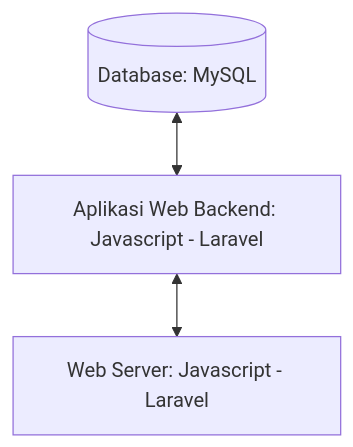
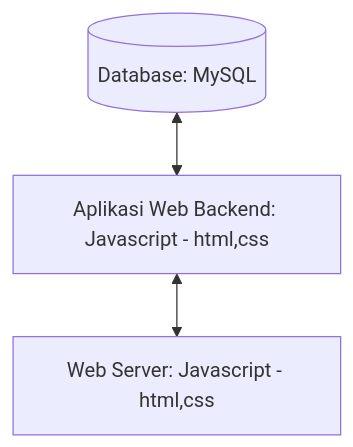
Before and after one commit to FauziAbdulMalik/Uzi_am14.12: the second of 2 diagrams in job-interview.md, drawn with Mermaid.

````diff
--- a/job-interview.md
+++ b/job-interview.md
@@ -82,4 +82,4 @@
 ```mermaid
 flowchart TD
-    id1[(Database: MySQL)] <--> id2[Aplikasi Web Backend: Javascript - Laravel] <--> id3[Web Server: Javascript - Laravel]  
+    id1[(Database: MySQL)] <--> id2[Aplikasi Web Backend: Javascript - html,css] <--> id3[Web Server: Javascript - html,css]  
 ```
````
